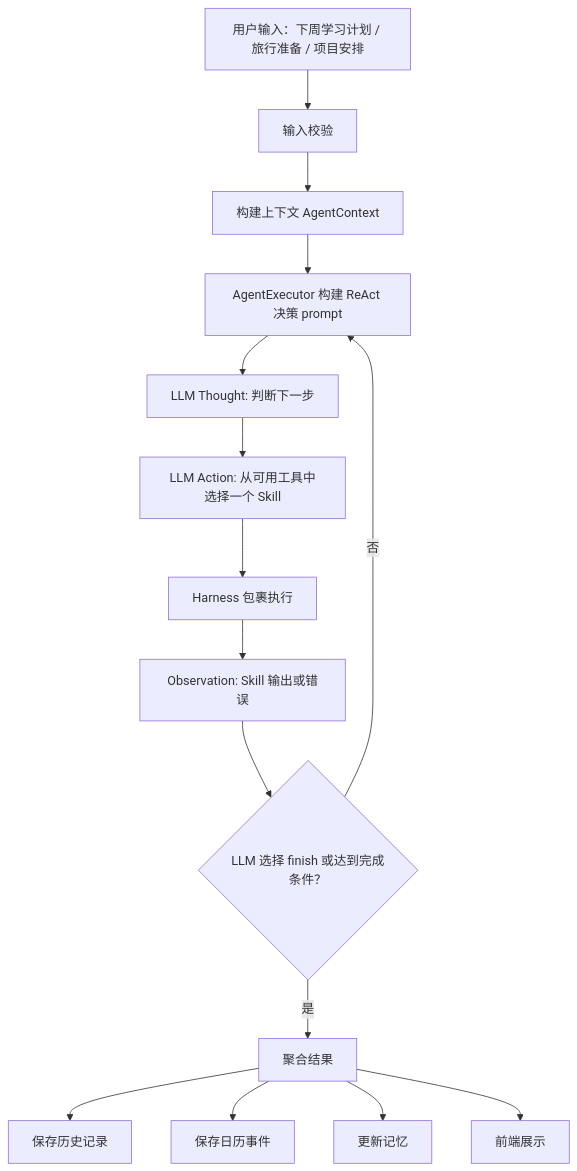
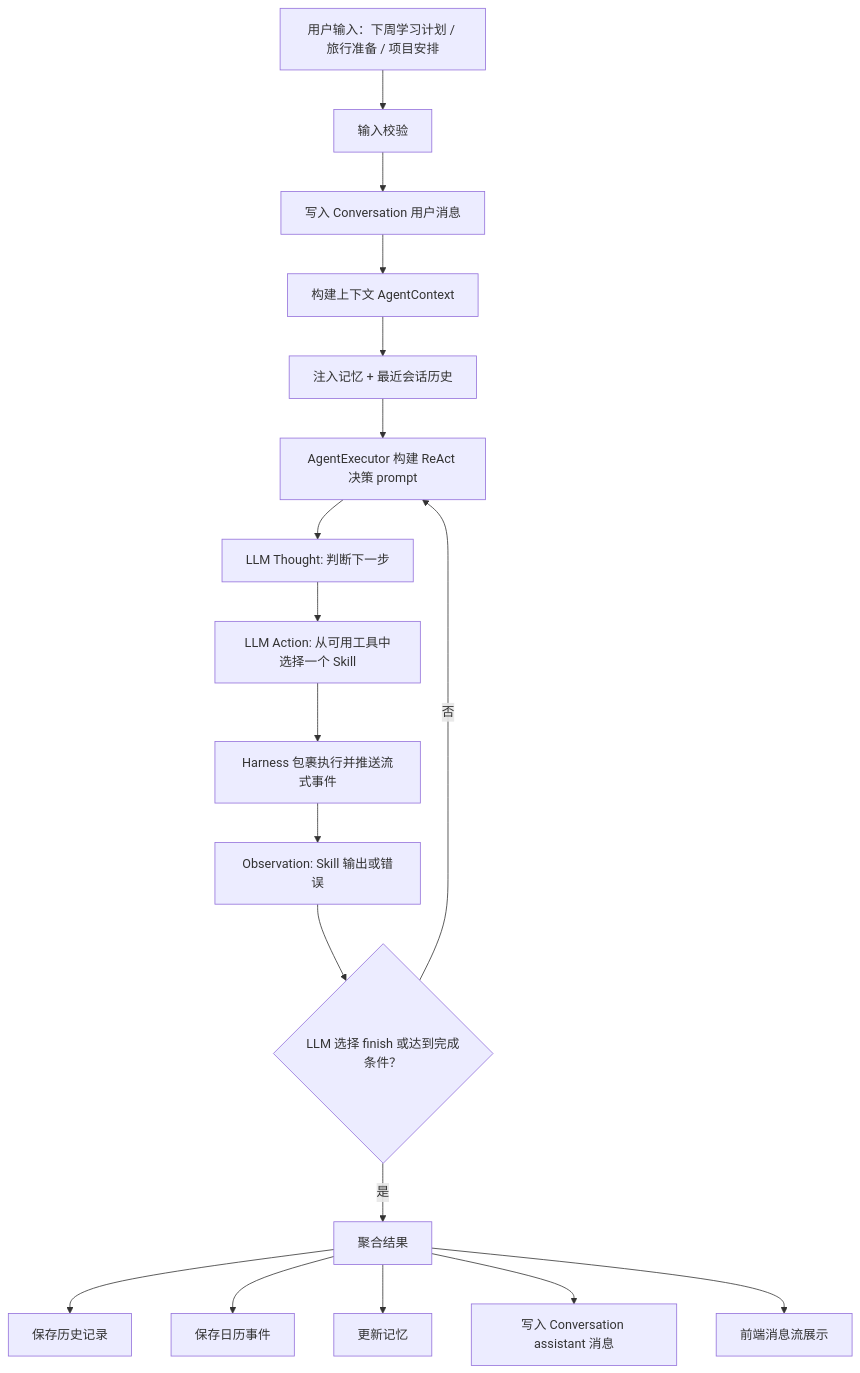
One commit to YinL04/Daily-tasks-Agent-assistant changed the first of 17 diagrams in docs/AGENT_ENGINEERING.md. Above: the diagram before and after it, drawn with Mermaid. The commit also changed other lines of this file and 26 other files, not shown here.

````diff
--- a/docs/AGENT_ENGINEERING.md
+++ b/docs/AGENT_ENGINEERING.md
@@ -27,17 +43,20 @@
 ```mermaid
 flowchart TD
   A["用户输入：下周学习计划 / 旅行准备 / 项目安排"] --> B["输入校验"]
-  B --> C["构建上下文 AgentContext"]
-  C --> D["AgentExecutor 构建 ReAct 决策 prompt"]
-  D --> E["LLM Thought: 判断下一步"]
-  E --> F["LLM Action: 从可用工具中选择一个 Skill"]
-  F --> G["Harness 包裹执行"]
-  G --> H["Observation: Skill 输出或错误"]
-  H --> I{"LLM 选择 finish 或达到完成条件？"}
-  I -->|否| D
-  I -->|是| J["聚合结果"]
-  J --> K["保存历史记录"]
-  J --> L["保存日历事件"]
-  J --> M["更新记忆"]
-  J --> N["前端展示"]
+  B --> C["写入 Conversation 用户消息"]
+  C --> D["构建上下文 AgentContext"]
+  D --> E["注入记忆 + 最近会话历史"]
+  E --> F["AgentExecutor 构建 ReAct 决策 prompt"]
+  F --> G["LLM Thought: 判断下一步"]
+  G --> H["LLM Action: 从可用工具中选择一个 Skill"]
+  H --> I["Harness 包裹执行并推送流式事件"]
+  I --> J["Observation: Skill 输出或错误"]
+  J --> K{"LLM 选择 finish 或达到完成条件？"}
+  K -->|否| F
+  K -->|是| L["聚合结果"]
+  L --> M["保存历史记录"]
+  L --> N["保存日历事件"]
+  L --> O["更新记忆"]
+  L --> P["写入 Conversation assistant 消息"]
+  L --> Q["前端消息流展示"]
 ```
````
